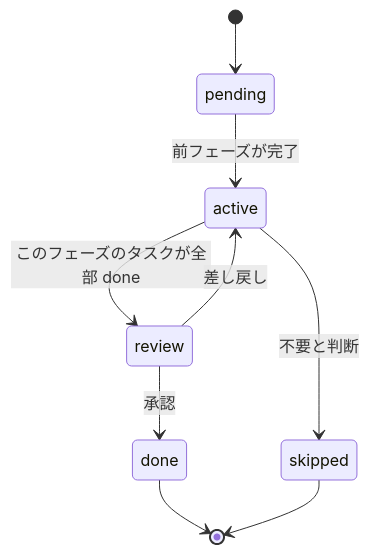
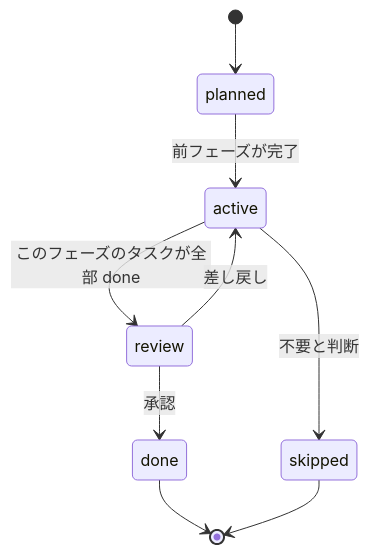
The second of 7 diagrams in docs/design/04-state-machines.md (yuseidayo88/Ocean), drawn with Mermaid before and after one commit. The commit also changed other lines of this file and 66 other files, not shown here.

````diff
--- a/docs/design/04-state-machines.md
+++ b/docs/design/04-state-machines.md
@@ -34,11 +34,11 @@
 ```mermaid
 stateDiagram-v2
-  [*] --> pending
-  pending --> active: 前フェーズが完了
+  [*] --> planned
+  planned --> active: 前フェーズが完了
   active --> review: このフェーズのタスクが全部 done
   review --> active: 差し戻し
   review --> done: 承認
   active --> skipped: 不要と判断
   done --> [*]
   skipped --> [*]
 ```
````
